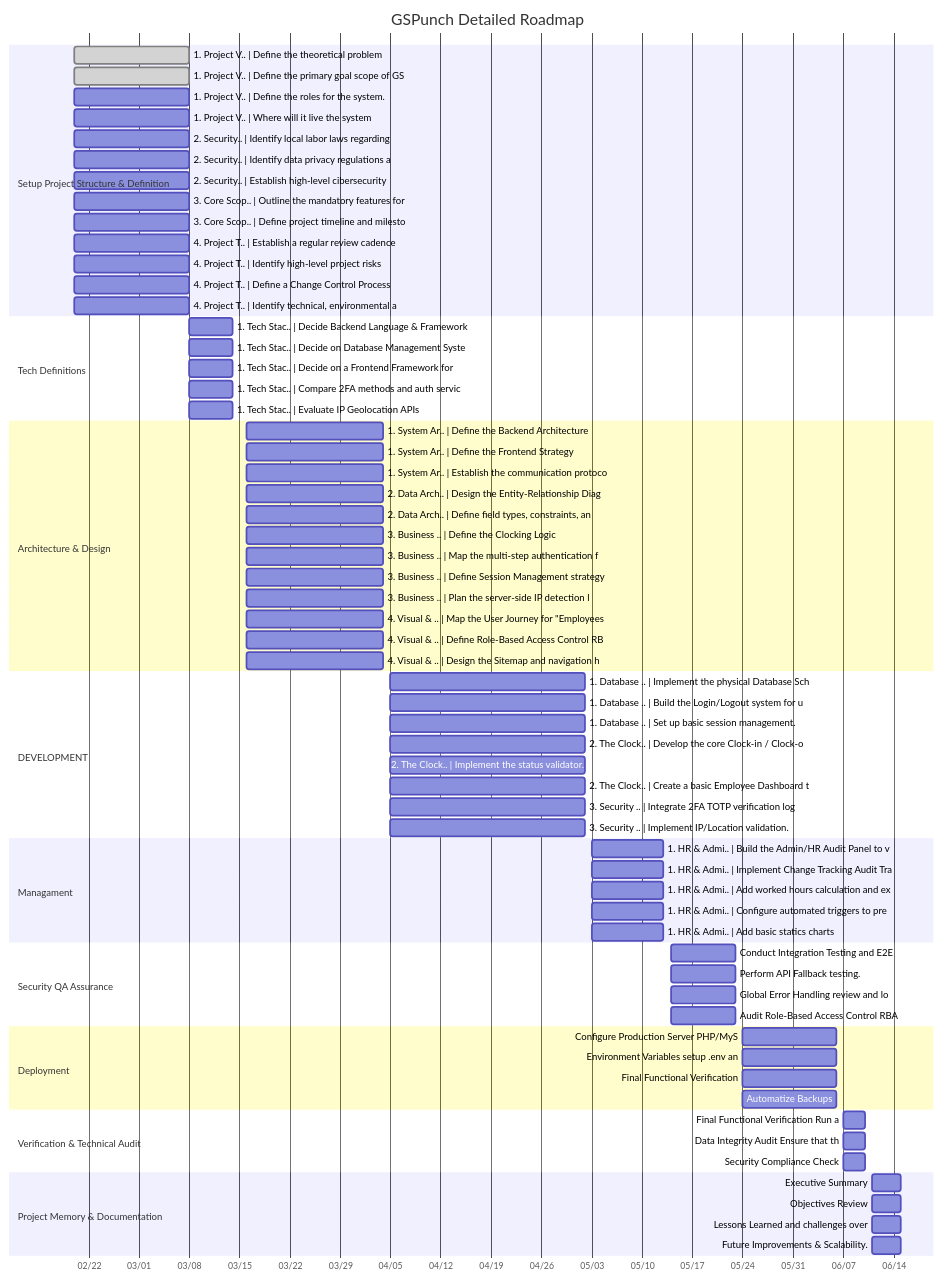
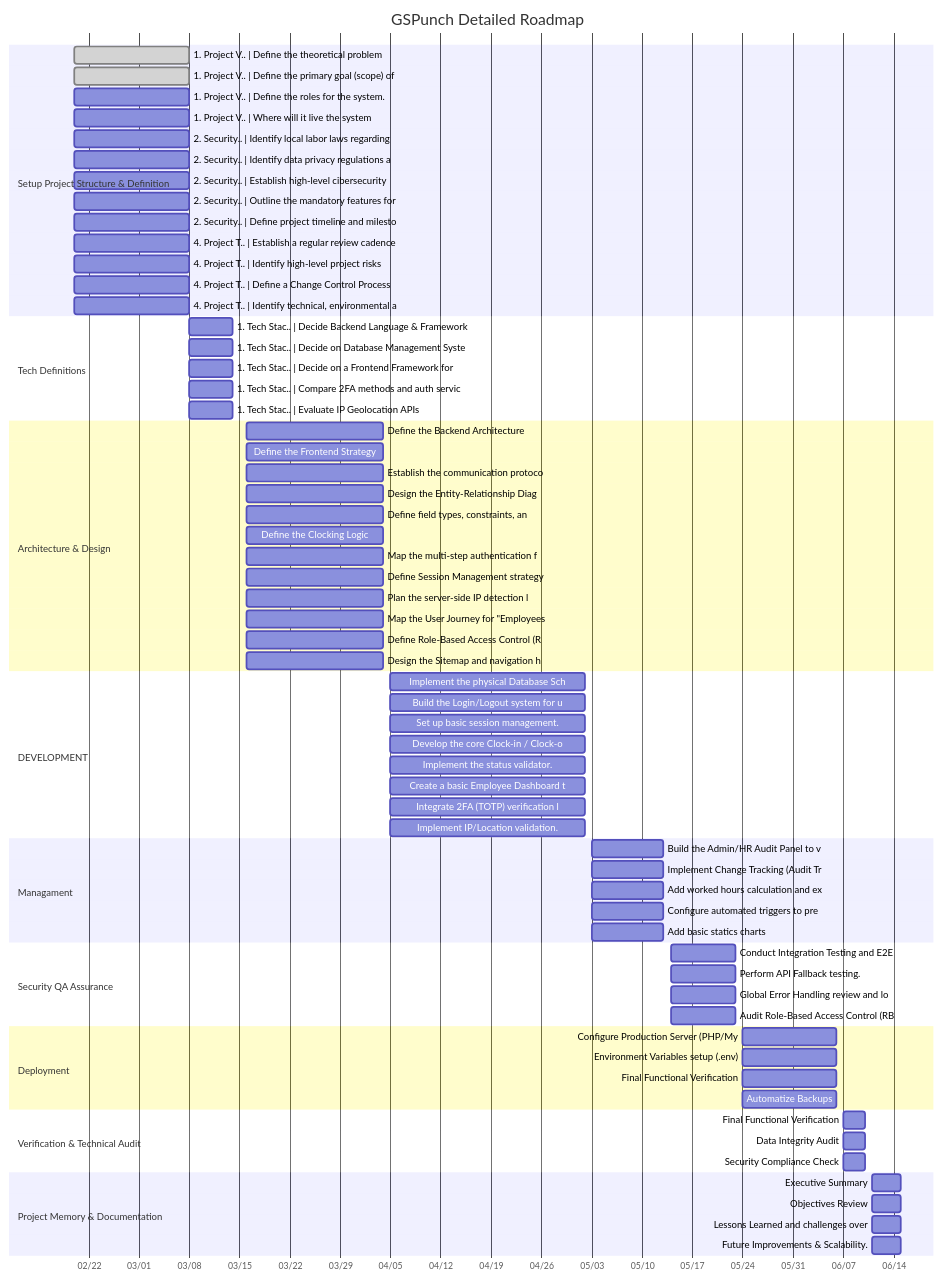
Before and after one commit to jejomoca/GSPunch: the diagram in README.md, drawn with Mermaid.

Commit message:
roadmap bulk sync: 22:52

````diff
--- a/README.md
+++ b/README.md
@@ -3,73 +3,73 @@
 ```mermaid
 gantt
     title GSPunch Detailed Roadmap
     dateFormat YYYY-MM-DD
     axisFormat %m/%d
     section Setup Project Structure & Definition
     1. Project V.. | Define the theoretical problem : done, 2026-02-20, 2026-03-08
-    1. Project V.. | Define the primary goal scope of GS : done, 2026-02-20, 2026-03-08
+    1. Project V.. | Define the primary goal (scope) of : done, 2026-02-20, 2026-03-08
     1. Project V.. | Define the roles for the system. : 2026-02-20, 2026-03-08
     1. Project V.. | Where will it live the system : 2026-02-20, 2026-03-08
     2.  Security.. | Identify local labor laws regarding : 2026-02-20, 2026-03-08
     2.  Security.. | Identify data privacy regulations a : 2026-02-20, 2026-03-08
-    2.  Security.. | Establish high-level cibersecurity  : 2026-02-20, 2026-03-08
-    3. Core Scop.. | Outline the mandatory features for  : 2026-02-20, 2026-03-08
-    3. Core Scop.. | Define project timeline and milesto : 2026-02-20, 2026-03-08
+    2.  Security.. | Establish high-level cibersecurity : 2026-02-20, 2026-03-08
+    2.  Security.. | Outline the mandatory features for : 2026-02-20, 2026-03-08
+    2.  Security.. | Define project timeline and milesto : 2026-02-20, 2026-03-08
     4. Project T.. | Establish a regular review cadence : 2026-02-20, 2026-03-08
     4. Project T.. | Identify high-level project risks : 2026-02-20, 2026-03-08
     4. Project T.. | Define a Change Control Process : 2026-02-20, 2026-03-08
     4. Project T.. | Identify technical, environmental a : 2026-02-20, 2026-03-08
     section Tech Definitions
     1. Tech Stac.. | Decide Backend Language & Framework : 2026-03-08, 2026-03-14
     1. Tech Stac.. | Decide on Database Management Syste : 2026-03-08, 2026-03-14
-    1. Tech Stac.. | Decide on a Frontend Framework for  : 2026-03-08, 2026-03-14
+    1. Tech Stac.. | Decide on a Frontend Framework for : 2026-03-08, 2026-03-14
     1. Tech Stac.. | Compare 2FA methods and auth servic : 2026-03-08, 2026-03-14
     1. Tech Stac.. | Evaluate IP Geolocation APIs : 2026-03-08, 2026-03-14
     section Architecture & Design
-    1. System Ar.. | Define the Backend Architecture : 2026-03-16, 2026-04-04
-    1. System Ar.. | Define the Frontend Strategy : 2026-03-16, 2026-04-04
-    1. System Ar.. | Establish the communication protoco : 2026-03-16, 2026-04-04
-    2. Data Arch.. | Design the Entity-Relationship Diag : 2026-03-16, 2026-04-04
-    2. Data Arch.. | Define field types, constraints, an : 2026-03-16, 2026-04-04
-    3. Business .. | Define the Clocking Logic : 2026-03-16, 2026-04-04
-    3. Business .. | Map the multi-step authentication f : 2026-03-16, 2026-04-04
-    3. Business .. | Define Session Management strategy  : 2026-03-16, 2026-04-04
-    3. Business .. | Plan the server-side IP detection l : 2026-03-16, 2026-04-04
-    4. Visual & .. | Map the User Journey for "Employees : 2026-03-16, 2026-04-04
-    4. Visual & .. | Define Role-Based Access Control RB : 2026-03-16, 2026-04-04
-    4. Visual & .. | Design the Sitemap and navigation h : 2026-03-16, 2026-04-04
+    Define the Backend Architecture : 2026-03-16, 2026-04-04
+    Define the Frontend Strategy : 2026-03-16, 2026-04-04
+    Establish the communication protoco : 2026-03-16, 2026-04-04
+    Design the Entity-Relationship Diag : 2026-03-16, 2026-04-04
+    Define field types, constraints, an : 2026-03-16, 2026-04-04
+    Define the Clocking Logic : 2026-03-16, 2026-04-04
+    Map the multi-step authentication f : 2026-03-16, 2026-04-04
+    Define Session Management strategy : 2026-03-16, 2026-04-04
+    Plan the server-side IP detection l : 2026-03-16, 2026-04-04
+    Map the User Journey for "Employees : 2026-03-16, 2026-04-04
+    Define Role-Based Access Control (R : 2026-03-16, 2026-04-04
+    Design the Sitemap and navigation h : 2026-03-16, 2026-04-04
     section DEVELOPMENT
-    1. Database .. | Implement the physical Database Sch : 2026-04-05, 2026-05-02
-    1. Database .. | Build the Login/Logout system for u : 2026-04-05, 2026-05-02
-    1. Database .. | Set up basic session management. : 2026-04-05, 2026-05-02
-    2. The Clock.. | Develop the core Clock-in / Clock-o : 2026-04-05, 2026-05-02
-    2. The Clock.. | Implement the status validator. : 2026-04-05, 2026-05-02
-    2. The Clock.. | Create a basic Employee Dashboard t : 2026-04-05, 2026-05-02
-    3. Security .. | Integrate 2FA TOTP verification log : 2026-04-05, 2026-05-02
-    3. Security .. | Implement IP/Location validation. : 2026-04-05, 2026-05-02
+    Implement the physical Database Sch : 2026-04-05, 2026-05-02
+    Build the Login/Logout system for u : 2026-04-05, 2026-05-02
+    Set up basic session management. : 2026-04-05, 2026-05-02
+    Develop the core Clock-in / Clock-o : 2026-04-05, 2026-05-02
+    Implement the status validator. : 2026-04-05, 2026-05-02
+    Create a basic Employee Dashboard t : 2026-04-05, 2026-05-02
+    Integrate 2FA (TOTP) verification l : 2026-04-05, 2026-05-02
+    Implement IP/Location validation. : 2026-04-05, 2026-05-02
     section Managament
-    1. HR & Admi.. | Build the Admin/HR Audit Panel to v : 2026-05-03, 2026-05-13
-    1. HR & Admi.. | Implement Change Tracking Audit Tra : 2026-05-03, 2026-05-13
-    1. HR & Admi.. | Add worked hours calculation and ex : 2026-05-03, 2026-05-13
-    1. HR & Admi.. | Configure automated triggers to pre : 2026-05-03, 2026-05-13
-    1. HR & Admi.. | Add basic statics charts : 2026-05-03, 2026-05-13
+    Build the Admin/HR Audit Panel to v : 2026-05-03, 2026-05-13
+    Implement Change Tracking (Audit Tr : 2026-05-03, 2026-05-13
+    Add worked hours calculation and ex : 2026-05-03, 2026-05-13
+    Configure automated triggers to pre : 2026-05-03, 2026-05-13
+    Add basic statics charts : 2026-05-03, 2026-05-13
     section Security QA Assurance
     Conduct Integration Testing and E2E : 2026-05-14, 2026-05-23
     Perform API Fallback testing. : 2026-05-14, 2026-05-23
     Global Error Handling review and lo : 2026-05-14, 2026-05-23
-    Audit Role-Based Access Control RBA : 2026-05-14, 2026-05-23
+    Audit Role-Based Access Control (RB : 2026-05-14, 2026-05-23
     section Deployment
-    Configure Production Server PHP/MyS : 2026-05-24, 2026-06-06
-    Environment Variables setup .env an : 2026-05-24, 2026-06-06
+    Configure Production Server (PHP/My : 2026-05-24, 2026-06-06
+    Environment Variables setup (.env) : 2026-05-24, 2026-06-06
     Final Functional Verification : 2026-05-24, 2026-06-06
     Automatize Backups : 2026-05-24, 2026-06-06
     section Verification & Technical Audit
-    Final Functional Verification Run a : 2026-06-07, 2026-06-10
-    Data Integrity Audit Ensure that th : 2026-06-07, 2026-06-10
+    Final Functional Verification: Run : 2026-06-07, 2026-06-10
+    Data Integrity Audit: Ensure that t : 2026-06-07, 2026-06-10
     Security Compliance Check : 2026-06-07, 2026-06-10
     section Project Memory & Documentation
     Executive Summary : 2026-06-11, 2026-06-15
     Objectives Review : 2026-06-11, 2026-06-15
     Lessons Learned and challenges over : 2026-06-11, 2026-06-15
-    Future Improvements & Scalability.  : 2026-06-11, 2026-06-15
+    Future Improvements & Scalability. : 2026-06-11, 2026-06-15
 ```
````
